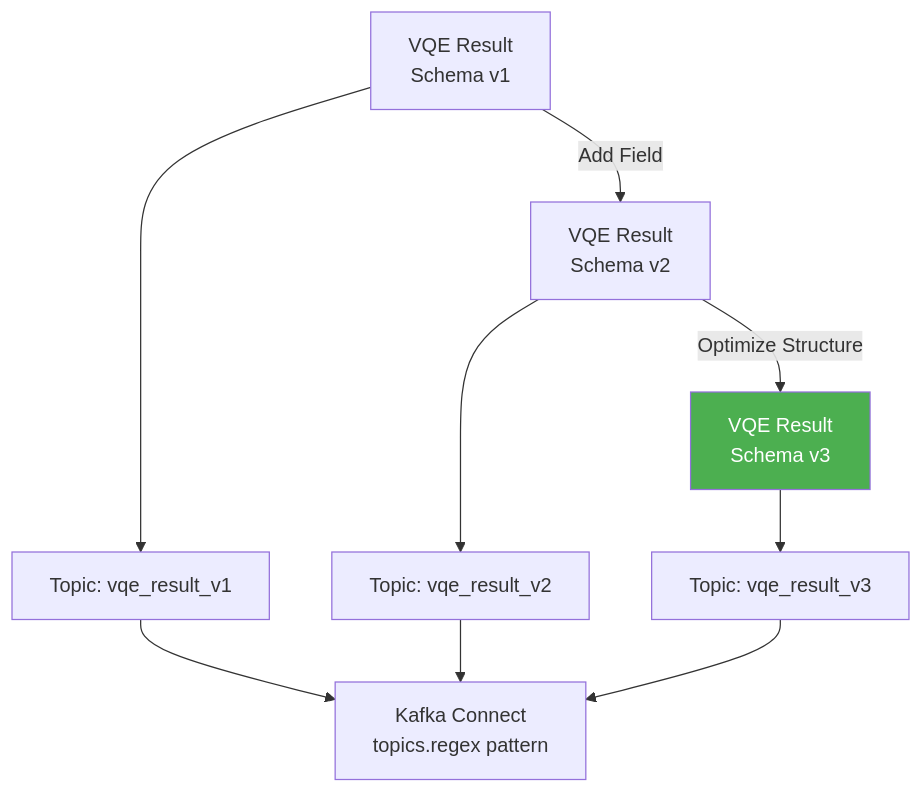
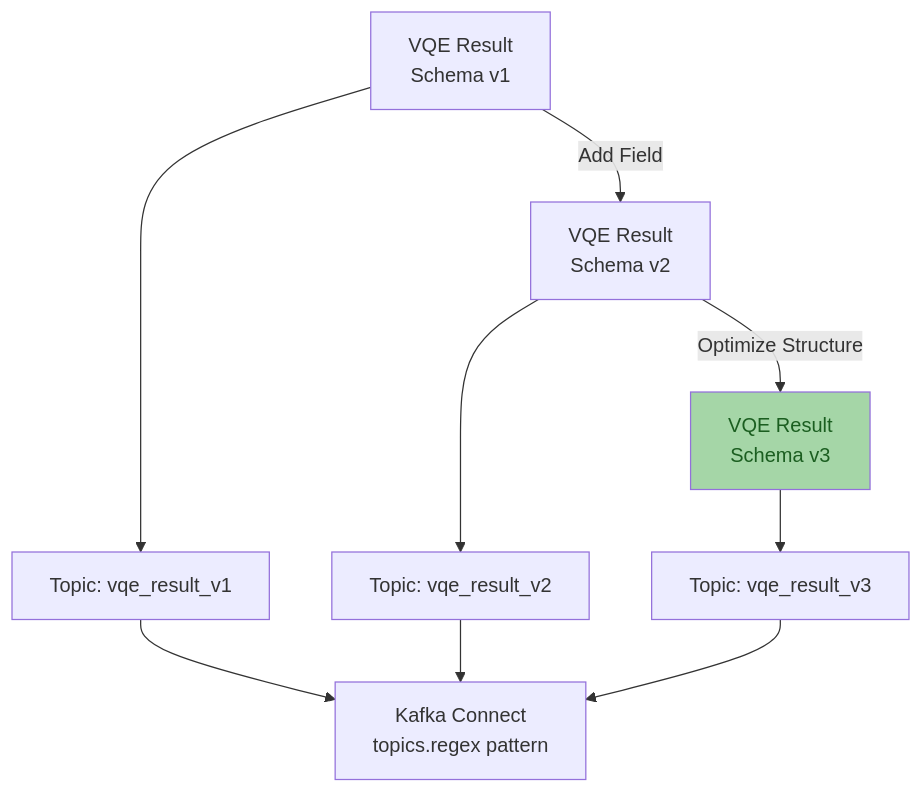
The fourth of 5 diagrams in docs/architecture/index.md (straightchlorine/quantum-pipeline), drawn with Mermaid before and after one commit. The commit also changed other lines of this file and 4 other files, not shown here.

Commit message:
feat: gitignore and architecture docs

````diff
--- a/docs/architecture/index.md
+++ b/docs/architecture/index.md
@@ -277,15 +270,15 @@
 ```mermaid
 graph TB
     V1[VQE Result<br/>Schema v1] -->|Add Field| V2[VQE Result<br/>Schema v2]
     V2 -->|Optimize Structure| V3[VQE Result<br/>Schema v3]
 
     V1 --> T1[Topic: vqe_result_v1]
     V2 --> T2[Topic: vqe_result_v2]
     V3 --> T3[Topic: vqe_result_v3]
 
     T1 --> KC[Kafka Connect<br/>topics.regex pattern]
     T2 --> KC
     T3 --> KC
 
-    style V3 fill:#4caf50,color:#fff
+    style V3 fill:#a5d6a7,color:#1b5e20
 ```
````
